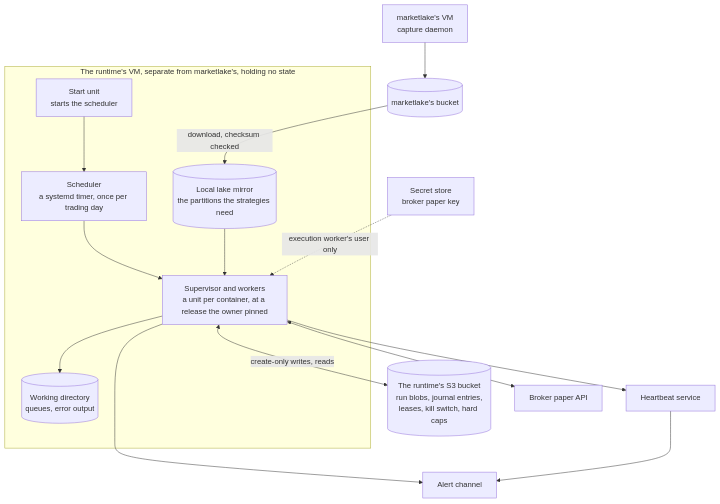
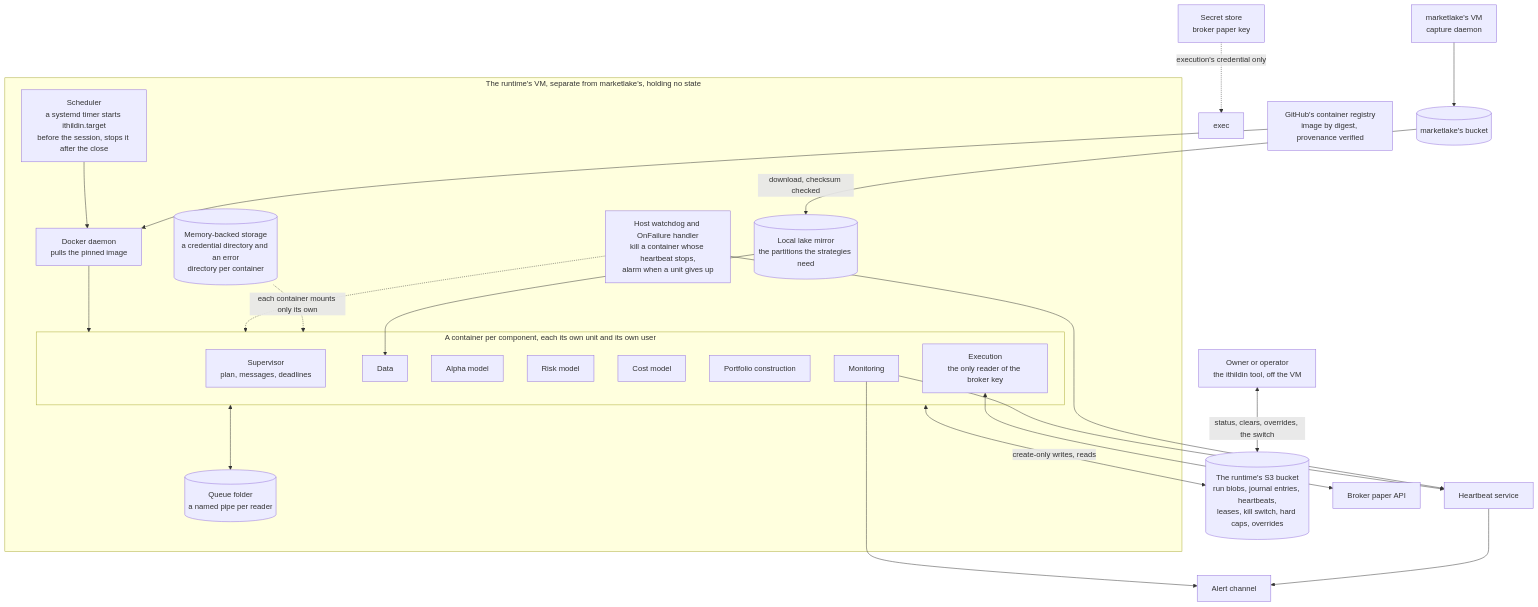
Diagram 15 of 16 in docs/architecture.md (l3a0/ithildin-runtime), drawn with Mermaid before and after one commit.

Commit message:
docs(architecture): draw each component as its own container on the VM
The owner pointed out that the deployment diagram still drew the
supervisor and workers as one box. Rule 10 makes each its own container
and unit, so the diagram now shows the eight containers, the Docker
daemon and the registry it pulls from, the host's watchdog and OnFailure
handler, the queue folder, the per-container credential and error
directories, which container reaches the broker, the key and the alert
channel, and the owner's tool writing to the bucket from off the VM.

````diff
--- a/docs/architecture.md
+++ b/docs/architecture.md
@@ -1682,29 +1682,47 @@
 ```mermaid
 flowchart TB
     subgraph host["The runtime's VM, separate from marketlake's, holding no state"]
-        start["Start unit<br/>starts the scheduler"]
-        timer["Scheduler<br/>a systemd timer, once per trading day"]
-        run["Supervisor and workers<br/>a unit per container, at a release the owner pinned"]
-        work[("Working directory<br/>queues, error output")]
+        timer["Scheduler<br/>a systemd timer starts ithildin.target<br/>before the session, stops it after the close"]
+        docker["Docker daemon<br/>pulls the pinned image"]
+        guard["Host watchdog and OnFailure handler<br/>kill a container whose heartbeat stops,<br/>alarm when a unit gives up"]
+        subgraph ctrs["A container per component, each its own unit and its own user"]
+            sup["Supervisor<br/>plan, messages, deadlines"]
+            data["Data"]
+            alpha["Alpha model"]
+            risk["Risk model"]
+            cost["Cost model"]
+            pc["Portfolio construction"]
+            execw["Execution<br/>the only reader of the broker key"]
+            mon["Monitoring"]
+        end
+        pipes[("Queue folder<br/>a named pipe per reader")]
+        creds[("Memory-backed storage<br/>a credential directory and an error<br/>directory per container")]
         mirror[("Local lake mirror<br/>the partitions the strategies need")]
-        start --> timer --> run
-        run --> work
-        mirror --> run
+        timer --> docker --> ctrs
+        guard -.-> ctrs
+        ctrs <--> pipes
+        creds -. "each container mounts only its own" .-> ctrs
+        mirror --> data
     end
+    registry["GitHub's container registry<br/>image by digest, provenance verified"]
     mlvm["marketlake's VM<br/>capture daemon"]
     lake[("marketlake's bucket")]
-    bucket[("The runtime's S3 bucket<br/>run blobs, journal entries,<br/>leases, kill switch, hard caps")]
+    bucket[("The runtime's S3 bucket<br/>run blobs, journal entries, heartbeats,<br/>leases, kill switch, hard caps, overrides")]
     secrets["Secret store<br/>broker paper key"]
     broker["Broker paper API"]
     beat["Heartbeat service"]
     alerts["Alert channel"]
+    person["Owner or operator<br/>the ithildin tool, off the VM"]
 
+    registry --> docker
     mlvm --> lake
     lake -->|"download, checksum checked"| mirror
-    run <-->|"create-only writes, reads"| bucket
-    secrets -. "execution worker's user only" .-> run
-    run <--> broker
-    run --> beat
-    run --> alerts
+    ctrs <-->|"create-only writes, reads"| bucket
+    secrets -. "execution's credential only" .-> exec
+    execw <--> broker
+    mon --> beat
+    mon --> alerts
+    guard --> beat
     beat --> alerts
+    person <-->|"status, clears, overrides, the switch"| bucket
 ```
````
